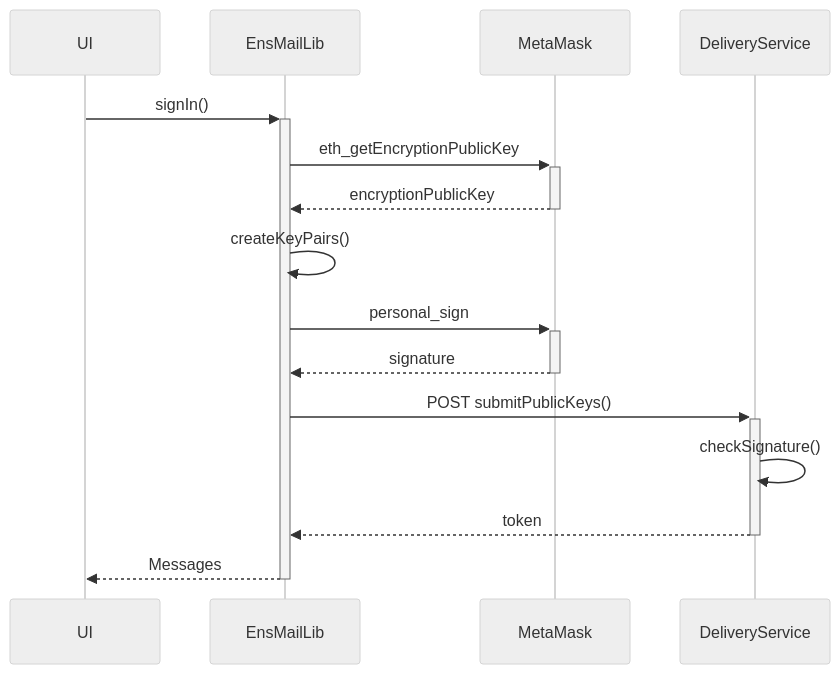
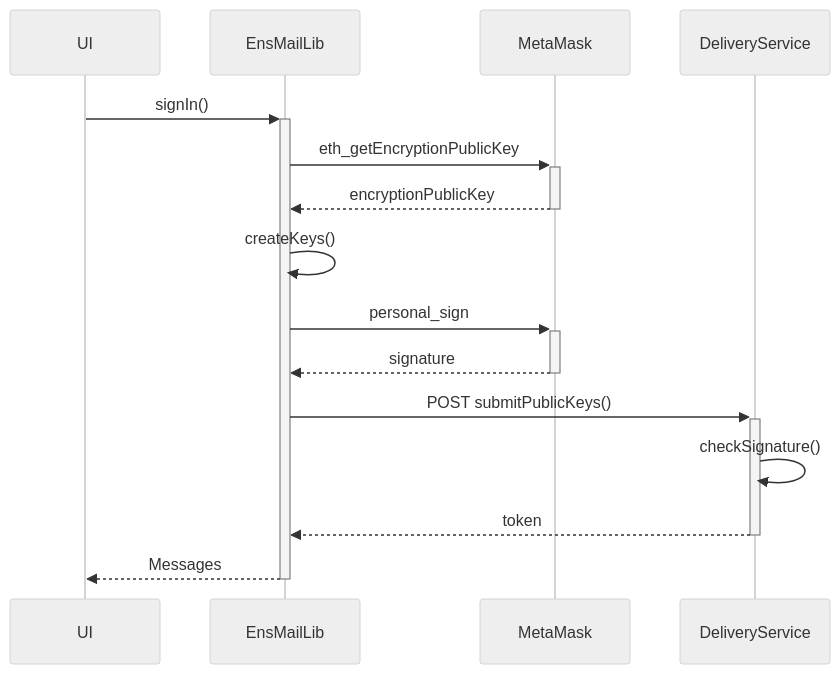
One commit to dm3-org/dm3 changed the first of 2 diagrams in src/lib/README.md. Above: the diagram before and after it, drawn with Mermaid (neutral theme). The commit also changed 7 other files, not shown here.

````diff
--- a/src/lib/README.md
+++ b/src/lib/README.md
@@ -2,13 +2,13 @@
 ```mermaid
 sequenceDiagram
     UI->>+EnsMailLib: signIn()
     EnsMailLib->>+MetaMask: eth_getEncryptionPublicKey
     MetaMask-->>-EnsMailLib: encryptionPublicKey
-    EnsMailLib->>EnsMailLib: createKeyPairs()
+    EnsMailLib->>EnsMailLib: createKeys()
     EnsMailLib->>+MetaMask: personal_sign
     MetaMask-->>-EnsMailLib: signature
     EnsMailLib->>+ DeliveryService: POST submitPublicKeys()
     DeliveryService->> DeliveryService: checkSignature()
     DeliveryService-->>- EnsMailLib: token
     EnsMailLib-->>-UI: Messages
 ```
````
